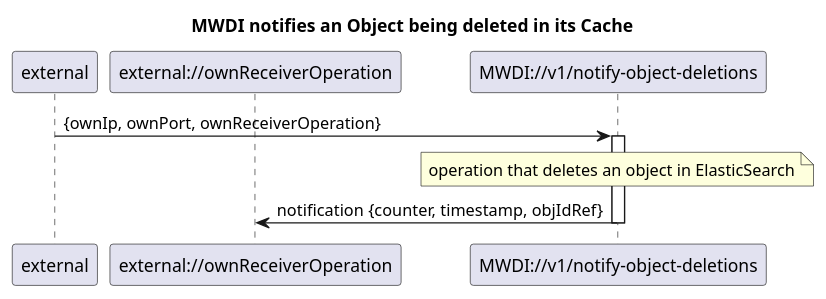
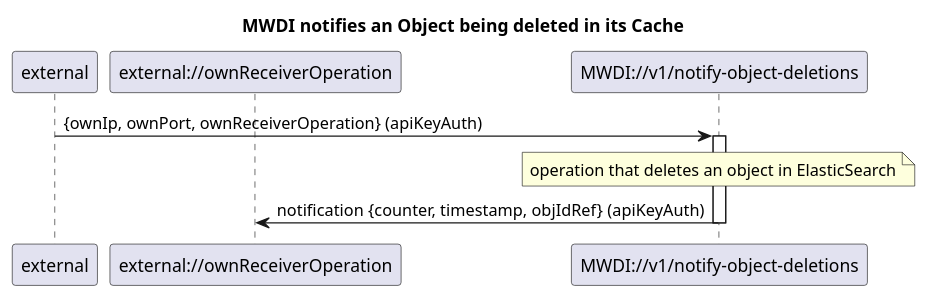
One commit to openBackhaul/MicroWaveDeviceInventory changed the diagram in spec/diagrams/122_MwdiNotifiesObjectDeletion.plantuml. Above: the diagram before and after it, drawn with PlantUML. The commit also changed 9 other files, not shown here.

Commit message:
Update ServiceList based on diagrams

```diff
--- a/spec/diagrams/122_MwdiNotifiesObjectDeletion.plantuml
+++ b/spec/diagrams/122_MwdiNotifiesObjectDeletion.plantuml
@@ -1,18 +1,18 @@
 @startuml 122_MwdiNotifiesObjectDeletion
 skinparam responseMessageBelowArrow true
 
 title MWDI notifies an Object being deleted in its Cache
 
 participant "external" as external
 participant "external://ownReceiverOperation" as receiverOperation
 participant "MWDI://v1/notify-object-deletions" as notifyObjectDeletion
 
-external -> notifyObjectDeletion: {ownIp, ownPort, ownReceiverOperation}
+external -> notifyObjectDeletion: {ownIp, ownPort, ownReceiverOperation} (apiKeyAuth)
 activate notifyObjectDeletion
 
 note over notifyObjectDeletion: operation that deletes an object in ElasticSearch
 
-notifyObjectDeletion -> receiverOperation: notification {counter, timestamp, objIdRef}
+notifyObjectDeletion -> receiverOperation: notification {counter, timestamp, objIdRef} (apiKeyAuth)
 deactivate notifyObjectDeletion
 
 @enduml
```
